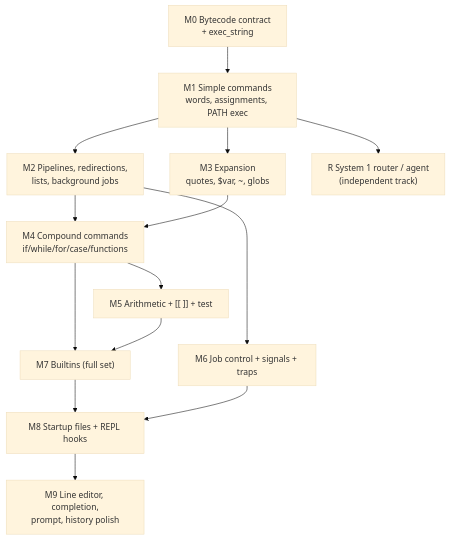
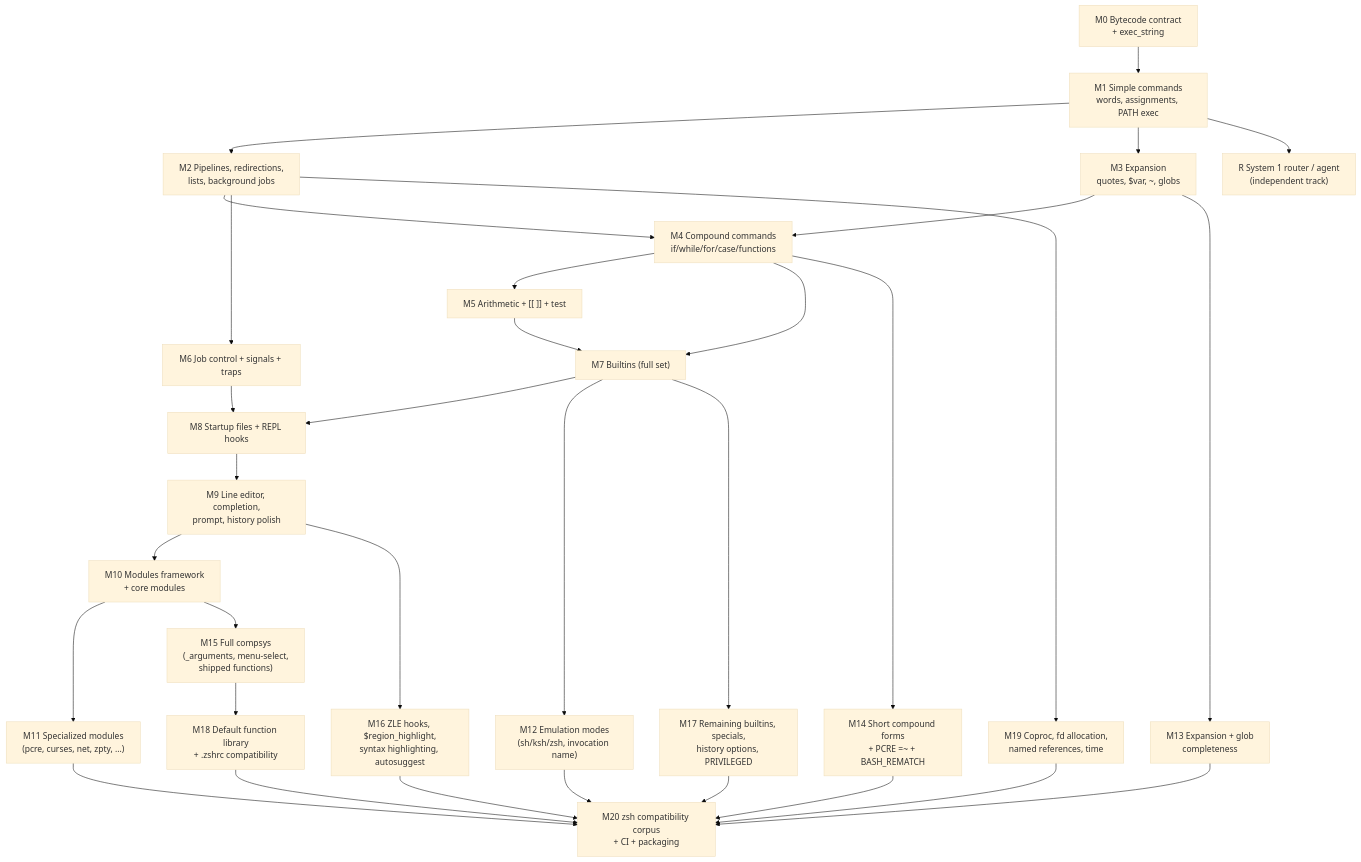
The diagram in jfsh/TODO.md (armandli/jeff), drawn with Mermaid (base theme) before and after one commit. The commit also changed other lines of this file, not shown here.

````diff
--- a/jfsh/TODO.md
+++ b/jfsh/TODO.md
@@ -45,16 +54,34 @@
 ```mermaid
 flowchart TD
   M0["M0 Bytecode contract<br/>+ exec_string"] --> M1["M1 Simple commands<br/>words, assignments, PATH exec"]
   M1 --> M2["M2 Pipelines, redirections,<br/>lists, background jobs"]
   M1 --> M3["M3 Expansion<br/>quotes, $var, ~, globs"]
   M2 --> M4["M4 Compound commands<br/>if/while/for/case/functions"]
   M3 --> M4
   M4 --> M5["M5 Arithmetic + [[ ]] + test"]
   M2 --> M6["M6 Job control + signals + traps"]
   M4 --> M7["M7 Builtins (full set)"]
   M5 --> M7
   M7 --> M8["M8 Startup files + REPL hooks"]
   M6 --> M8
   M8 --> M9["M9 Line editor, completion,<br/>prompt, history polish"]
+  M9 --> M10["M10 Modules framework<br/>+ core modules"]
+  M10 --> M11["M11 Specialized modules<br/>(pcre, curses, net, zpty, ...)"]
+  M7 --> M12["M12 Emulation modes<br/>(sh/ksh/zsh, invocation name)"]
+  M3 --> M13["M13 Expansion + glob<br/>completeness"]
+  M4 --> M14["M14 Short compound forms<br/>+ PCRE =~ + BASH_REMATCH"]
+  M10 --> M15["M15 Full compsys<br/>(_arguments, menu-select,<br/>shipped functions)"]
+  M9 --> M16["M16 ZLE hooks, $region_highlight,<br/>syntax highlighting, autosuggest"]
+  M7 --> M17["M17 Remaining builtins, specials,<br/>history options, PRIVILEGED"]
+  M15 --> M18["M18 Default function library<br/>+ .zshrc compatibility"]
+  M2 --> M19["M19 Coproc, fd allocation,<br/>named references, time"]
+  M11 --> M20["M20 zsh compatibility corpus<br/>+ CI + packaging"]
+  M12 --> M20
+  M13 --> M20
+  M14 --> M20
+  M16 --> M20
+  M17 --> M20
+  M18 --> M20
+  M19 --> M20
   M1 --> R["R System 1 router / agent<br/>(independent track)"]
 ```
````
